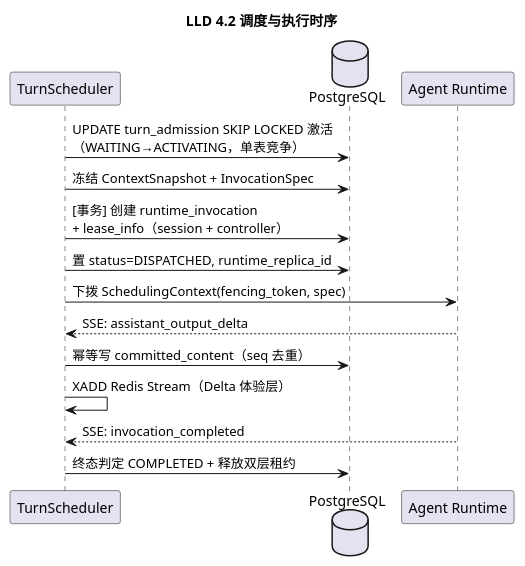
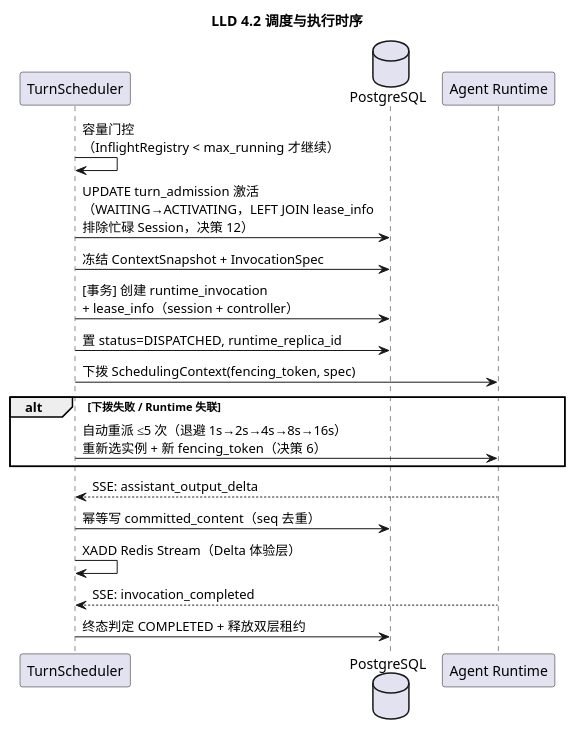
Before and after one commit to JamesLi-NLP/AgentGateway: the second of 9 diagrams in design/diagrams/plantuml/turn-scheduler-lld.puml, drawn with PlantUML. The commit also changed other lines of this file and 13 other files, not shown here.

```diff
--- a/design/diagrams/plantuml/turn-scheduler-lld.puml
+++ b/design/diagrams/plantuml/turn-scheduler-lld.puml
@@ -37,20 +35,24 @@
 @startuml lld-42-dispatch
 title LLD 4.2 调度与执行时序
 skinparam backgroundColor white
 skinparam defaultFontName "Microsoft YaHei"
 
 participant "TurnScheduler" as TS
 database "PostgreSQL" as PG
 participant "Agent Runtime" as RT
 
-TS -> PG : UPDATE turn_admission SKIP LOCKED 激活\n（WAITING→ACTIVATING，单表竞争）
+TS -> TS : 容量门控\n（InflightRegistry < max_running 才继续）
+TS -> PG : UPDATE turn_admission 激活\n（WAITING→ACTIVATING，LEFT JOIN lease_info\n排除忙碌 Session，决策 12）
 TS -> PG : 冻结 ContextSnapshot + InvocationSpec
 TS -> PG : [事务] 创建 runtime_invocation\n+ lease_info（session + controller）
 TS -> PG : 置 status=DISPATCHED, runtime_replica_id
 TS -> RT : 下拨 SchedulingContext(fencing_token, spec)
+alt 下拨失败 / Runtime 失联
+    TS -> RT : 自动重派 ≤5 次（退避 1s→2s→4s→8s→16s）\n重新选实例 + 新 fencing_token（决策 6）
+end
 RT --> TS : SSE: assistant_output_delta
 TS -> PG : 幂等写 committed_content（seq 去重）
 TS -> TS : XADD Redis Stream（Delta 体验层）
 RT --> TS : SSE: invocation_completed
 TS -> PG : 终态判定 COMPLETED + 释放双层租约
 @enduml
```
